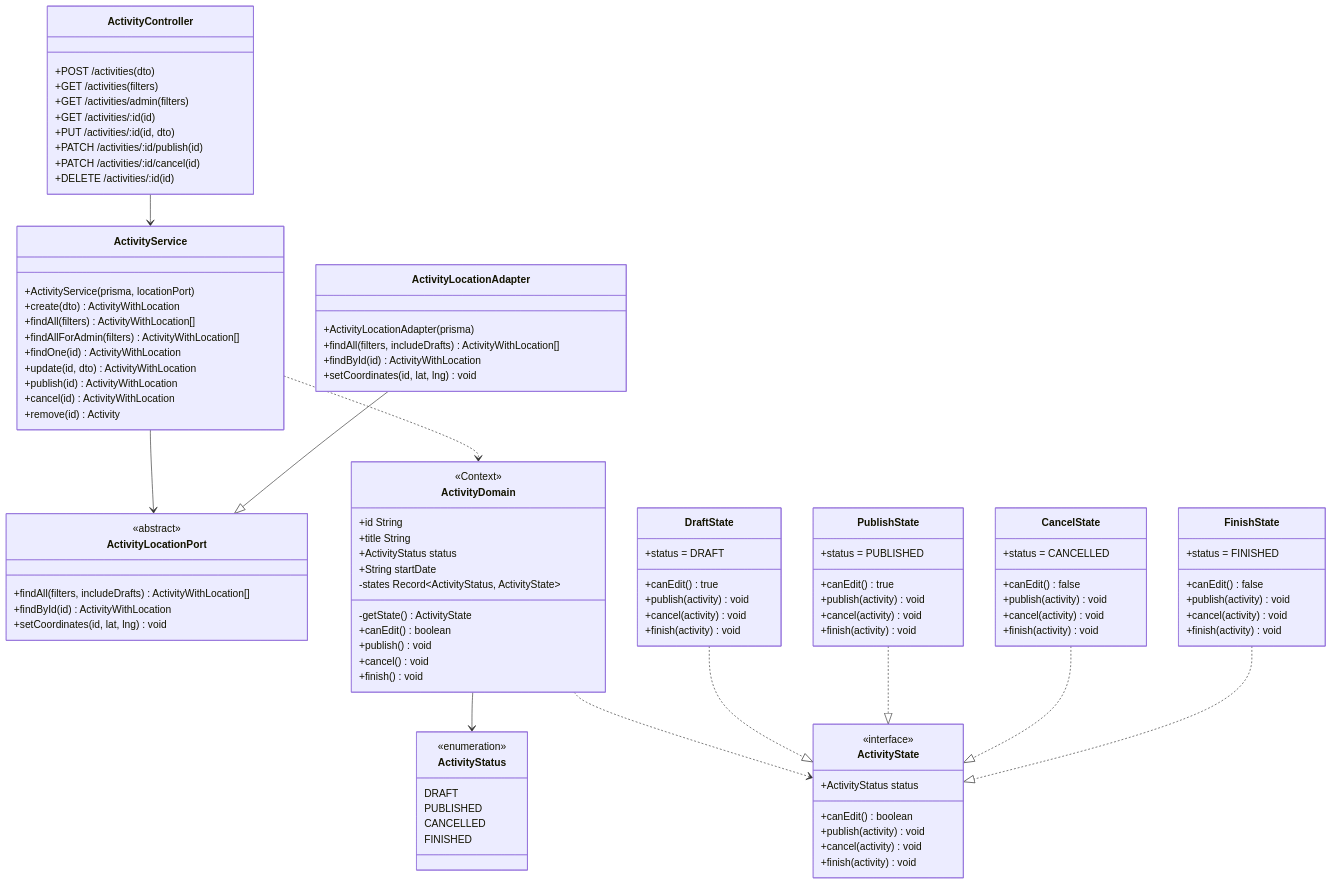
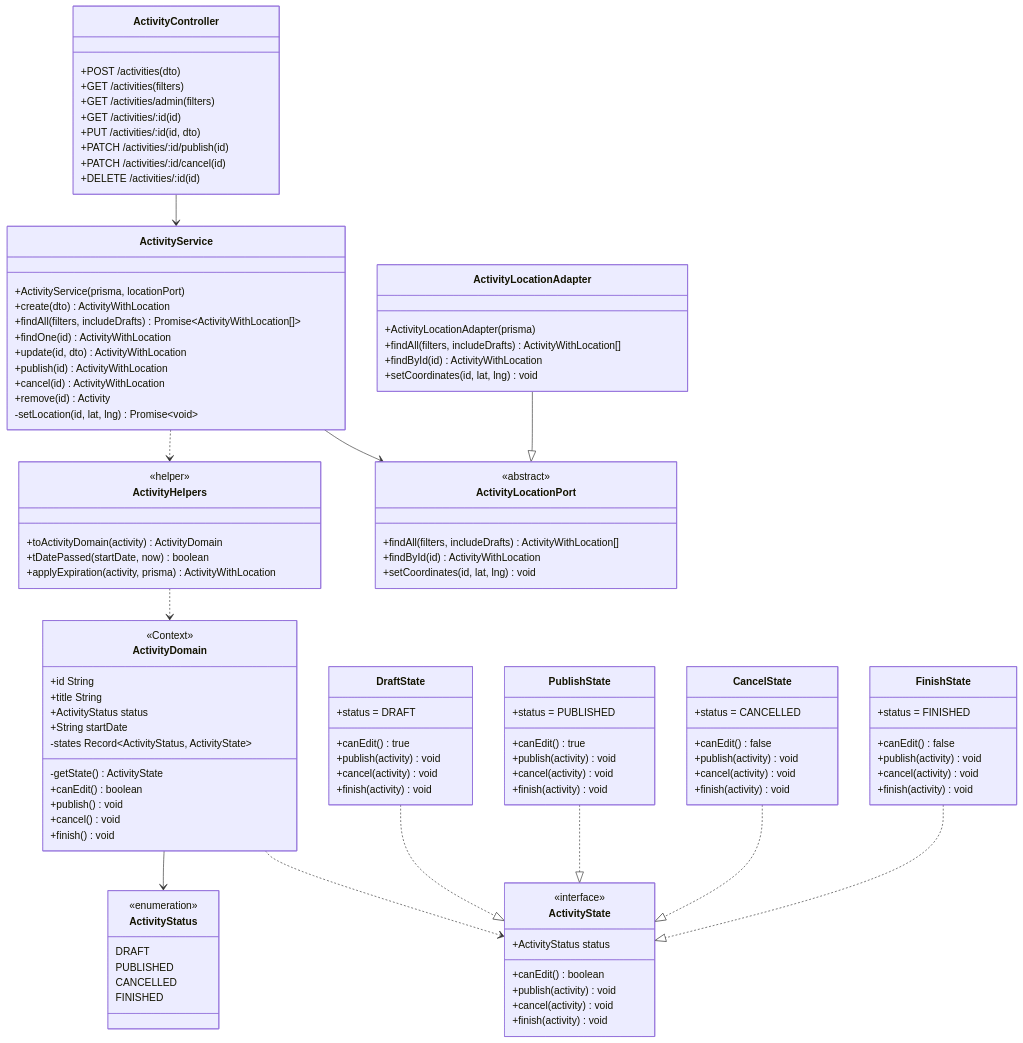
One commit to CaroDevs/Grupo1_Reto1_EventosMedellin changed the second of 2 diagrams in docs/patrones-comportamentales/justificacion.md. Above: the diagram before and after it, drawn with Mermaid.

Commit message:
Update justificacion Patrón State.md

```diff
--- a/docs/patrones-comportamentales/justificacion.md
+++ b/docs/patrones-comportamentales/justificacion.md
@@ -111,14 +111,20 @@
     class ActivityService {
         +ActivityService(prisma, locationPort)
         +create(dto) ActivityWithLocation
-        +findAll(filters) ActivityWithLocation[]
-        +findAllForAdmin(filters) ActivityWithLocation[]
+        +findAll(filters, includeDrafts) Promise~ActivityWithLocation[]~
         +findOne(id) ActivityWithLocation
         +update(id, dto) ActivityWithLocation
         +publish(id) ActivityWithLocation
         +cancel(id) ActivityWithLocation
         +remove(id) Activity
+        -setLocation(id, lat, lng) Promise~void~
     }
+    class ActivityHelpers {
+            <<helper>>
+            +toActivityDomain(activity) ActivityDomain
+            +tDatePassed(startDate, now) boolean
+            +applyExpiration(activity, prisma) ActivityWithLocation
+        }
 
     class ActivityLocationPort {
         <<abstract>>
@@ -198,8 +204,9 @@
         }
 
     ActivityController --> ActivityService
-    ActivityService --> ActivityLocationPort 
-    ActivityService ..> ActivityDomain 
+    ActivityService --> ActivityLocationPort
+    ActivityService ..> ActivityHelpers
+    ActivityHelpers ..> ActivityDomain 
     ActivityLocationAdapter --|> ActivityLocationPort
 
     ActivityDomain --> ActivityStatus
```
